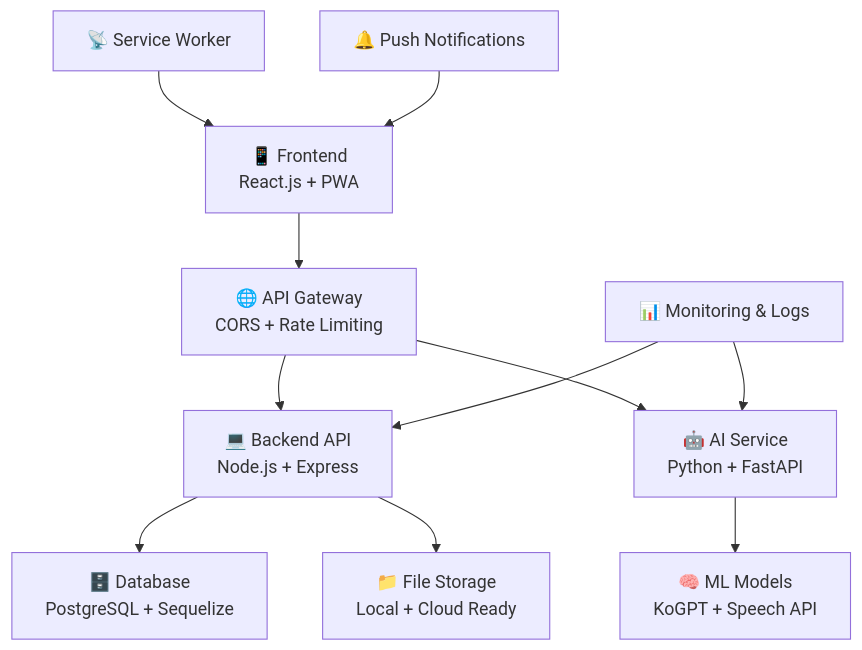
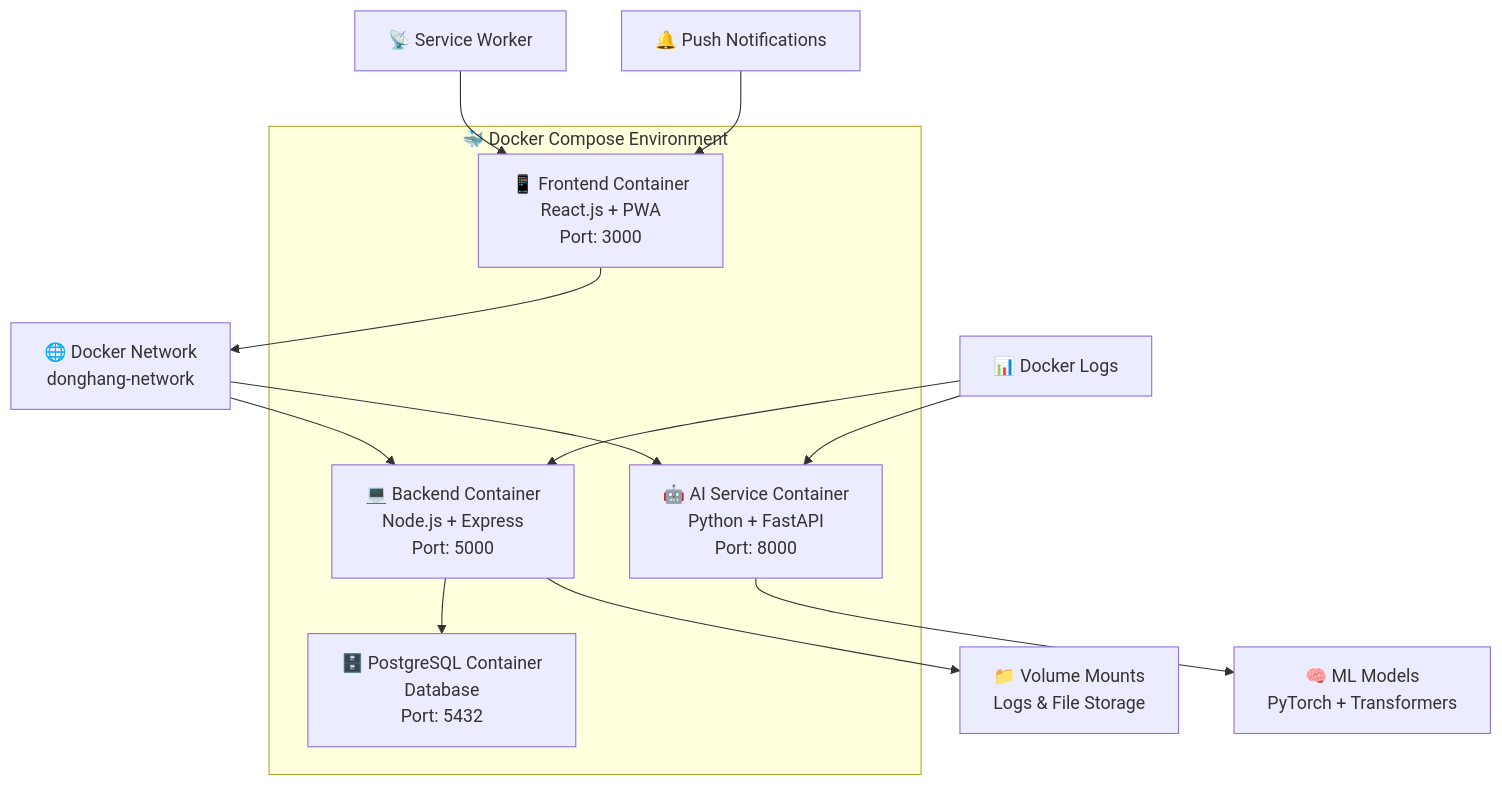
Before and after one commit to woojung1234/donghang_f: the diagram in README.md, drawn with Mermaid. The commit also changed other lines of this file, not shown here.

````diff
--- a/README.md
+++ b/README.md
@@ -30,14 +30,21 @@
 ```mermaid
 graph TD
-    A[📱 Frontend<br/>React.js + PWA] --> B[🌐 API Gateway<br/>CORS + Rate Limiting]
-    B --> C[💻 Backend API<br/>Node.js + Express]
-    B --> D[🤖 AI Service<br/>Python + FastAPI]
-    C --> E[🗄️ Database<br/>PostgreSQL + Sequelize]
-    C --> F[📁 File Storage<br/>Local + Cloud Ready]
-    D --> G[🧠 ML Models<br/>KoGPT + Speech API]
+    A[📱 Frontend Container<br/>React.js + PWA<br/>Port: 3000] --> B[🌐 Docker Network<br/>donghang-network]
+    B --> C[💻 Backend Container<br/>Node.js + Express<br/>Port: 5000]
+    B --> D[🤖 AI Service Container<br/>Python + FastAPI<br/>Port: 8000]
+    C --> E[🗄️ PostgreSQL Container<br/>Database<br/>Port: 5432]
+    C --> F[📁 Volume Mounts<br/>Logs & File Storage]
+    D --> G[🧠 ML Models<br/>PyTorch + Transformers]
     
     H[📡 Service Worker] --> A
     I[🔔 Push Notifications] --> A
-    J[📊 Monitoring & Logs] --> C
+    J[📊 Docker Logs] --> C
     J --> D
+    
+    subgraph "🐳 Docker Compose Environment"
+        A
+        C
+        D
+        E
+    end
 ```
````
